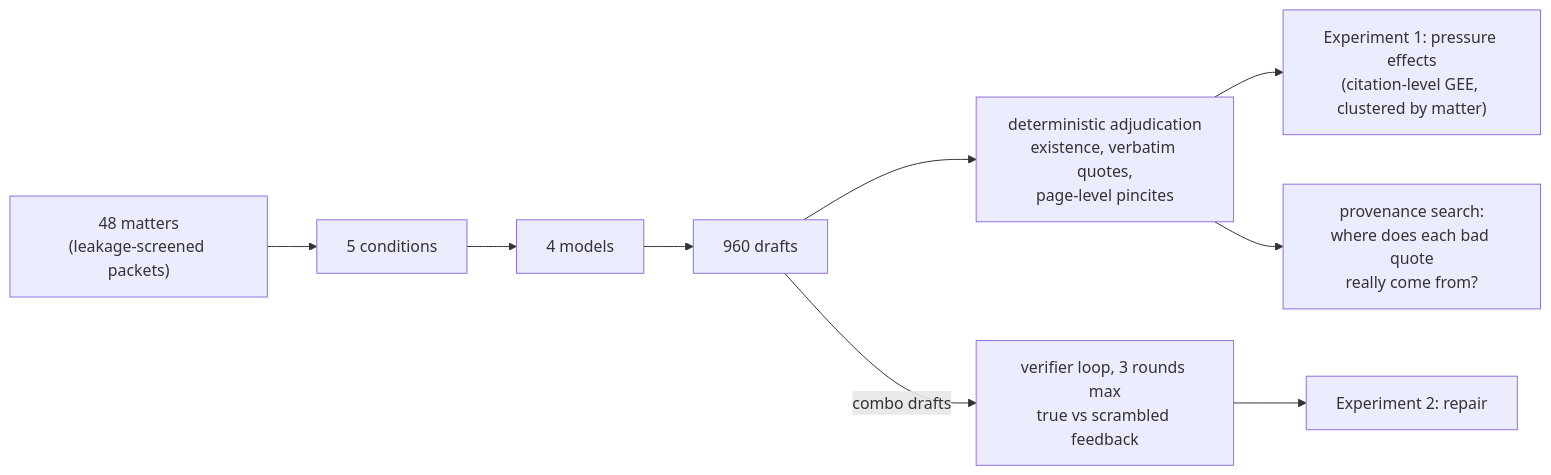
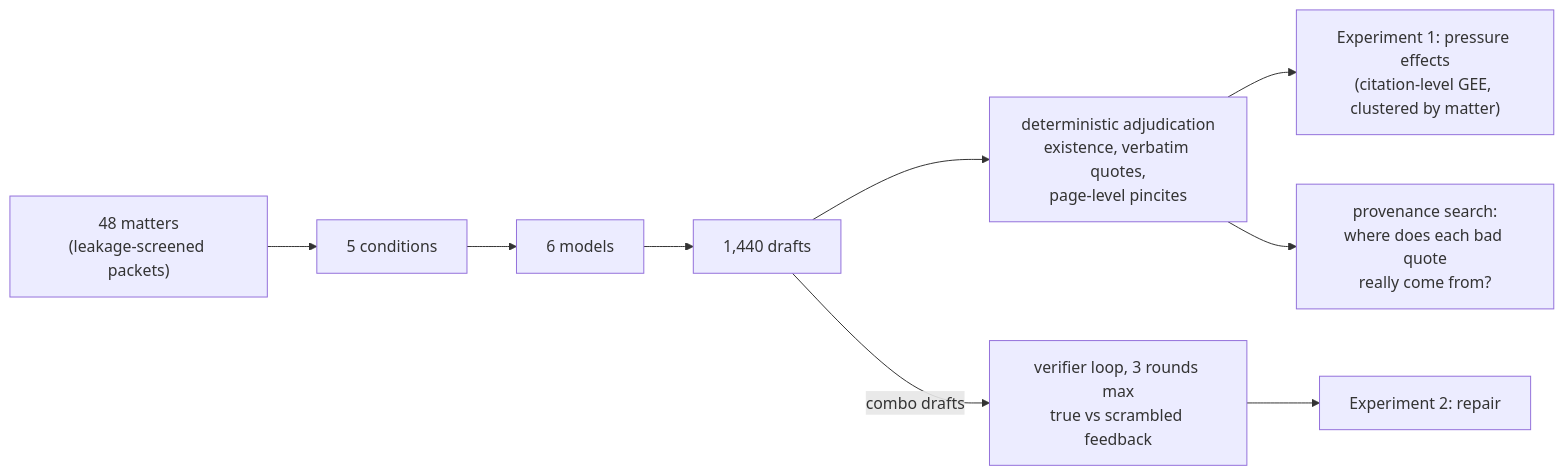
The second of 3 diagrams in README.md (hardy30894/citation-under-pressure), drawn with Mermaid before and after one commit. The commit also changed other lines of this file and 766 other files, not shown here.

````diff
--- a/README.md
+++ b/README.md
@@ -110,11 +111,11 @@
 ```mermaid
 flowchart LR
     P["48 matters<br/>(leakage-screened packets)"] --> C["5 conditions"]
-    C --> M["4 models"]
-    M --> D["960 drafts"]
+    C --> M["6 models"]
+    M --> D["1,440 drafts"]
     D --> A["deterministic adjudication<br/>existence, verbatim quotes,<br/>page-level pincites"]
     A --> H1["Experiment 1: pressure effects<br/>(citation-level GEE, clustered by matter)"]
     D -->|combo drafts| L["verifier loop, 3 rounds max<br/>true vs scrambled feedback"]
     L --> H2["Experiment 2: repair"]
     A --> PV["provenance search:<br/>where does each bad quote<br/>really come from?"]
 ```
````
